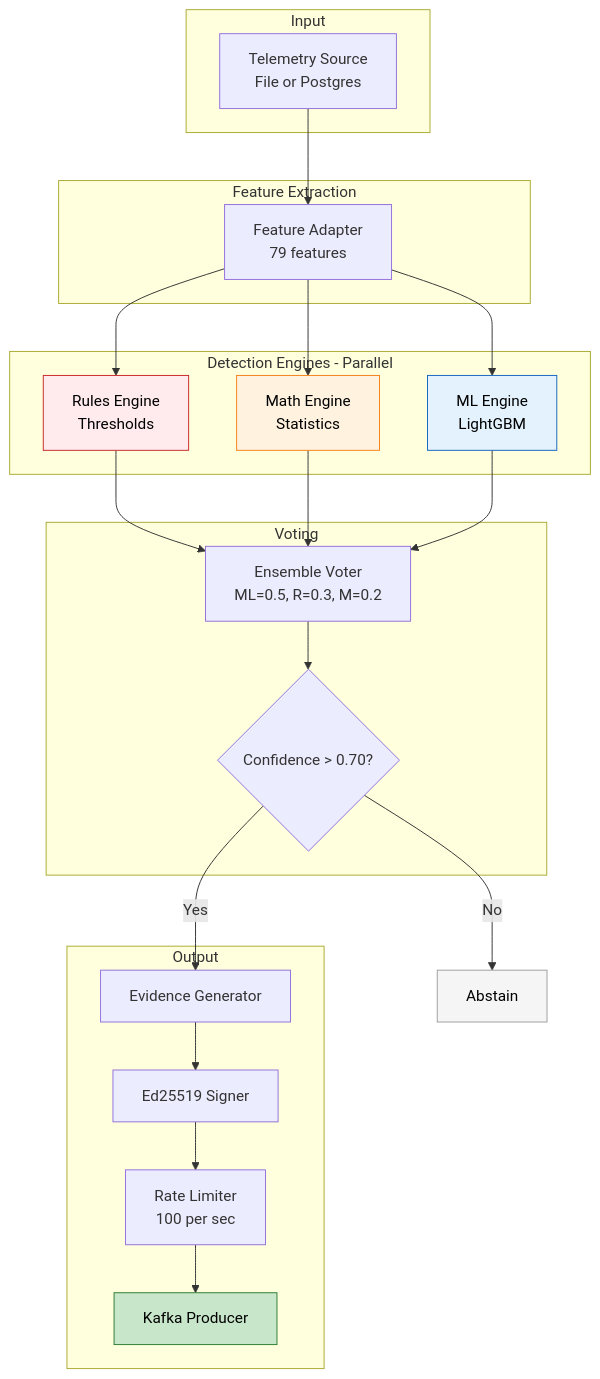
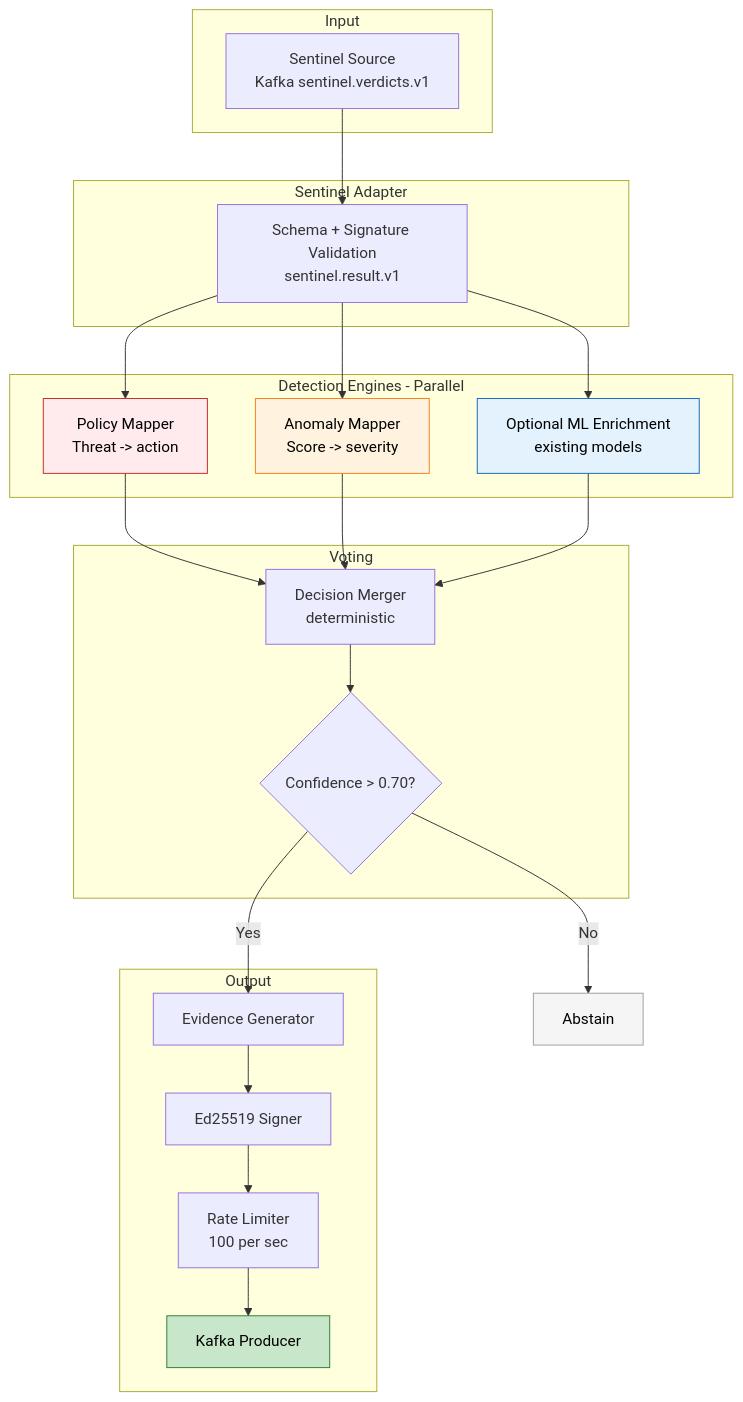
Before and after one commit to EveShark/CyberMesh: the second of 14 diagrams in docs/design/DATA_FLOW.md, drawn with Mermaid. The commit also changed other lines of this file and 49 other files, not shown here.

````diff
--- a/docs/design/DATA_FLOW.md
+++ b/docs/design/DATA_FLOW.md
@@ -79,39 +86,39 @@
 ```mermaid
 flowchart TB
     subgraph Input
-        T[Telemetry Source<br/>File or Postgres]
+        T[Sentinel Source<br/>Kafka sentinel.verdicts.v1]
     end
     
-    subgraph Feature["Feature Extraction"]
-        FA[Feature Adapter<br/>79 features]
+    subgraph Feature["Sentinel Adapter"]
+        FA[Schema + Signature Validation<br/>sentinel.result.v1]
     end
     
     subgraph Engines["Detection Engines - Parallel"]
-        R[Rules Engine<br/>Thresholds]
-        M[Math Engine<br/>Statistics]
-        ML[ML Engine<br/>LightGBM]
+        R[Policy Mapper<br/>Threat -> action]
+        M[Anomaly Mapper<br/>Score -> severity]
+        ML[Optional ML Enrichment<br/>existing models]
     end
     
     subgraph Voting
-        E[Ensemble Voter<br/>ML=0.5, R=0.3, M=0.2]
+        E[Decision Merger<br/>deterministic]
         AB{Confidence > 0.70?}
     end
     
     subgraph Output
         EV[Evidence Generator]
         SG[Ed25519 Signer]
         RL[Rate Limiter<br/>100 per sec]
         K[Kafka Producer]
     end
     
     T --> FA --> R & M & ML
     R & M & ML --> E --> AB
     AB -->|Yes| EV --> SG --> RL --> K
     AB -->|No| X[Abstain]
     
     style R fill:#ffebee,stroke:#c62828,color:#000;
     style M fill:#fff3e0,stroke:#f57f17,color:#000;
     style ML fill:#e3f2fd,stroke:#1565c0,color:#000;
     style K fill:#c8e6c9,stroke:#2e7d32,color:#000;
     style X fill:#f5f5f5,stroke:#9e9e9e,color:#000;
 ```
````
